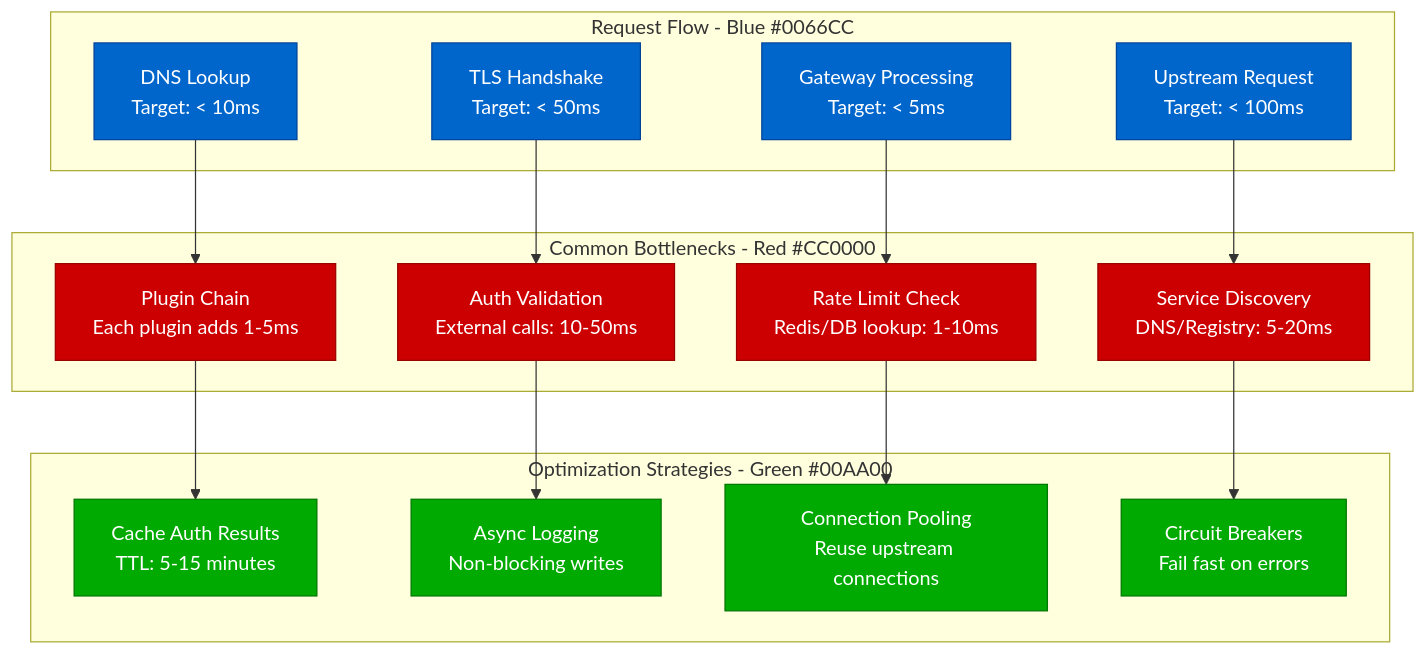
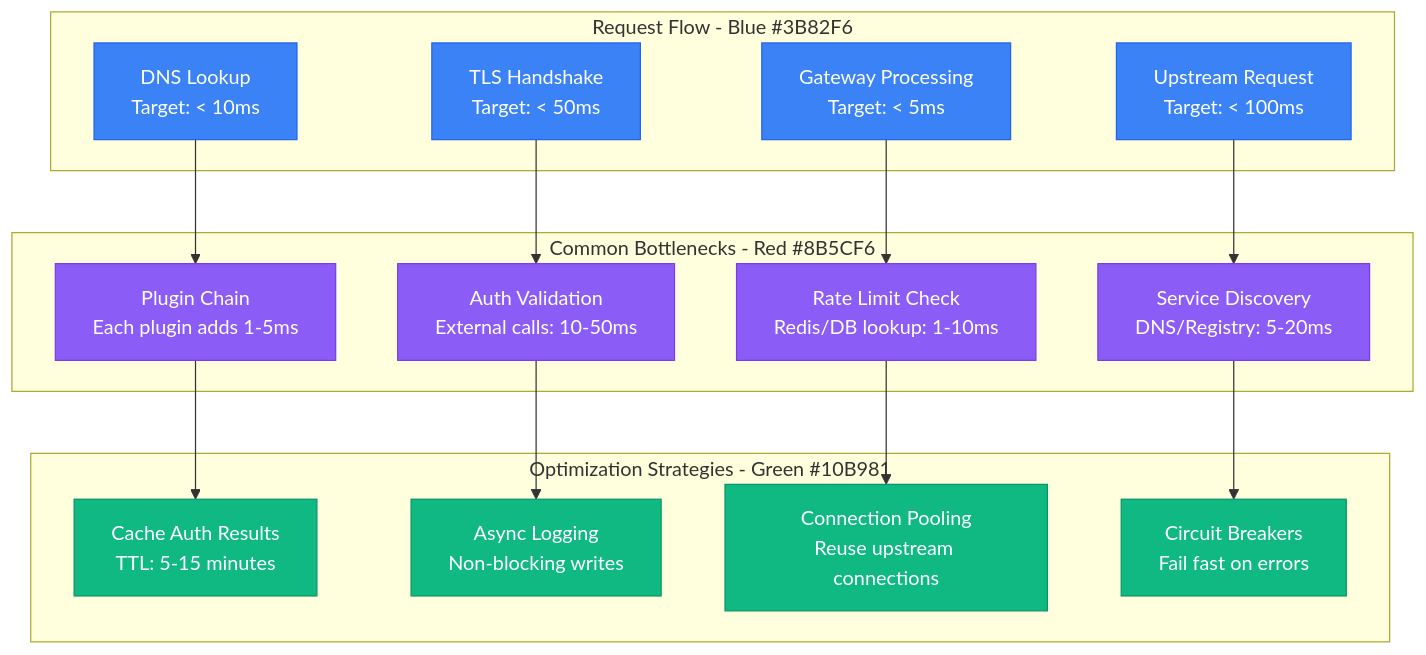
The second of 3 diagrams in site/docs/debugging/api-gateway-issues-debugging.md (deepaucksharma/DS), drawn with Mermaid before and after one commit. The commit also changed other lines of this file and 187 other files, not shown here.

````diff
--- a/site/docs/debugging/api-gateway-issues-debugging.md
+++ b/site/docs/debugging/api-gateway-issues-debugging.md
@@ -393,41 +393,41 @@
 ```mermaid
 graph TB
-    subgraph RequestFlow[Request Flow - Blue #0066CC]
+    subgraph RequestFlow[Request Flow - Blue #3B82F6]
         DNS_LOOKUP[DNS Lookup<br/>Target: < 10ms]
         TLS_HANDSHAKE[TLS Handshake<br/>Target: < 50ms]
         GATEWAY_PROCESS[Gateway Processing<br/>Target: < 5ms]
         UPSTREAM_REQUEST[Upstream Request<br/>Target: < 100ms]
     end
 
-    subgraph Bottlenecks[Common Bottlenecks - Red #CC0000]
+    subgraph Bottlenecks[Common Bottlenecks - Red #8B5CF6]
         PLUGIN_OVERHEAD[Plugin Chain<br/>Each plugin adds 1-5ms]
         AUTH_LATENCY[Auth Validation<br/>External calls: 10-50ms]
         RATE_LIMIT_CHECK[Rate Limit Check<br/>Redis/DB lookup: 1-10ms]
         SERVICE_DISCOVERY[Service Discovery<br/>DNS/Registry: 5-20ms]
     end
 
-    subgraph Optimization[Optimization Strategies - Green #00AA00]
+    subgraph Optimization[Optimization Strategies - Green #10B981]
         CACHE_AUTH[Cache Auth Results<br/>TTL: 5-15 minutes]
         ASYNC_LOGGING[Async Logging<br/>Non-blocking writes]
         CONNECTION_POOLING[Connection Pooling<br/>Reuse upstream connections]
         CIRCUIT_BREAKERS[Circuit Breakers<br/>Fail fast on errors]
     end
 
     DNS_LOOKUP --> PLUGIN_OVERHEAD
     TLS_HANDSHAKE --> AUTH_LATENCY
     GATEWAY_PROCESS --> RATE_LIMIT_CHECK
     UPSTREAM_REQUEST --> SERVICE_DISCOVERY
 
     PLUGIN_OVERHEAD --> CACHE_AUTH
     AUTH_LATENCY --> ASYNC_LOGGING
     RATE_LIMIT_CHECK --> CONNECTION_POOLING
     SERVICE_DISCOVERY --> CIRCUIT_BREAKERS
 
-    classDef requestStyle fill:#0066CC,stroke:#004499,color:#fff
-    classDef bottleneckStyle fill:#CC0000,stroke:#990000,color:#fff
-    classDef optimizeStyle fill:#00AA00,stroke:#007700,color:#fff
+    classDef requestStyle fill:#3B82F6,stroke:#2563EB,color:#fff
+    classDef bottleneckStyle fill:#8B5CF6,stroke:#7C3AED,color:#fff
+    classDef optimizeStyle fill:#10B981,stroke:#059669,color:#fff
 
     class DNS_LOOKUP,TLS_HANDSHAKE,GATEWAY_PROCESS,UPSTREAM_REQUEST requestStyle
     class PLUGIN_OVERHEAD,AUTH_LATENCY,RATE_LIMIT_CHECK,SERVICE_DISCOVERY bottleneckStyle
     class CACHE_AUTH,ASYNC_LOGGING,CONNECTION_POOLING,CIRCUIT_BREAKERS optimizeStyle
 ```
````
